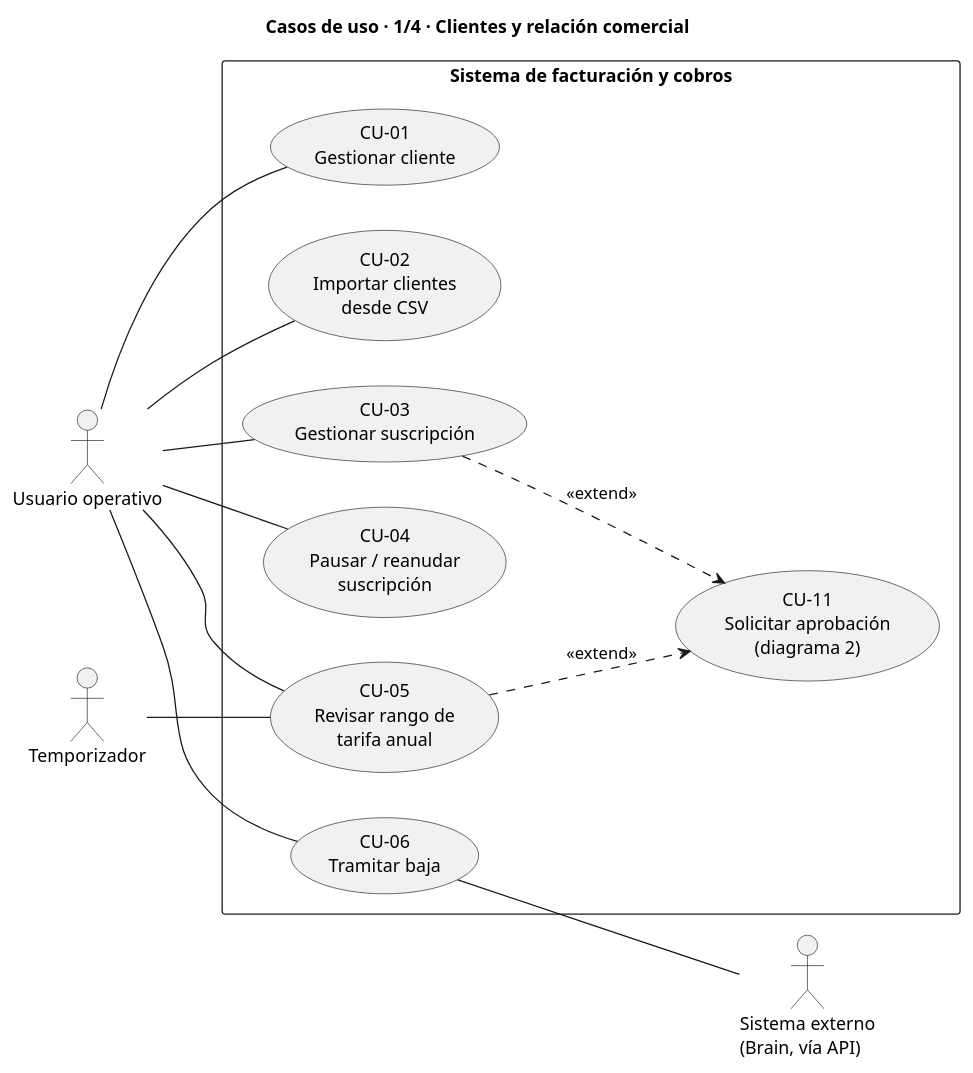
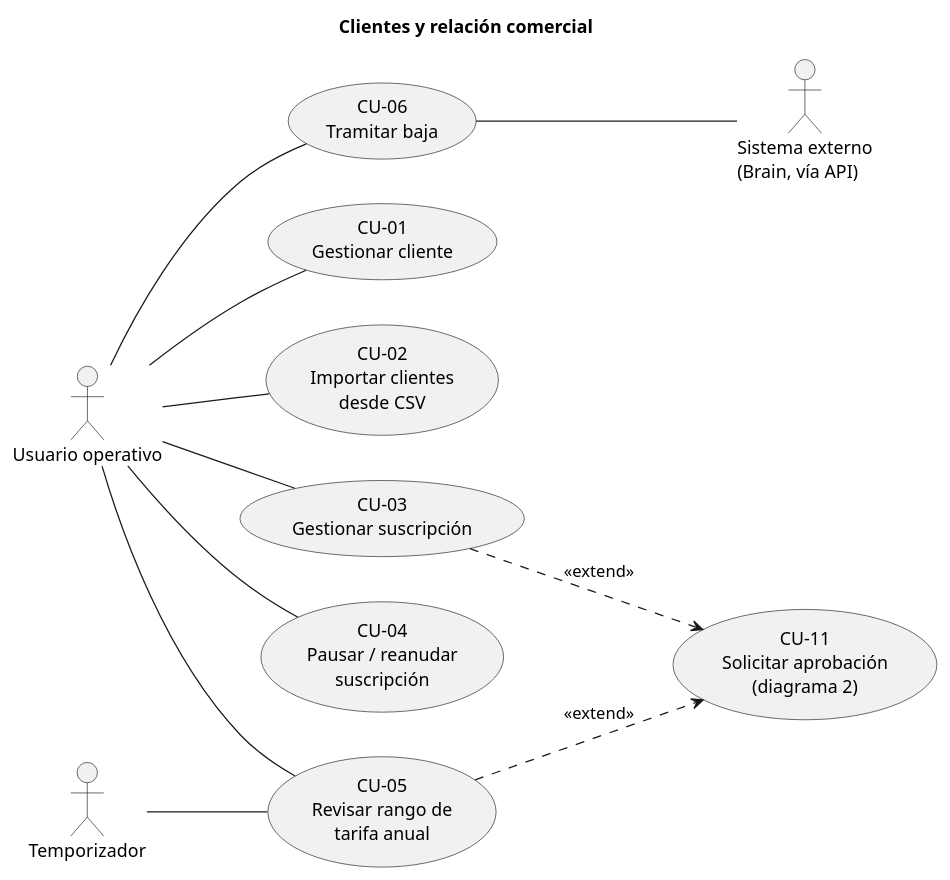
Before and after one commit to shadow-251/Trabajo-ADAP: the diagram in Casos_De_Uso/Casos de uso Jorge/diagramas/diagrama_1_clientes_relacion_comercial.puml, drawn with PlantUML. The commit also changed 3 other files, not shown here.

Commit message:
Editar diagramas PUML

```diff
--- a/Casos_De_Uso/Casos de uso Jorge/diagramas/diagrama_1_clientes_relacion_comercial.puml
+++ b/Casos_De_Uso/Casos de uso Jorge/diagramas/diagrama_1_clientes_relacion_comercial.puml
@@ -1,32 +1,30 @@
-@startuml diagrama_1_clientes_relacion_comercial
-title Casos de uso · 1/4 · Clientes y relación comercial
+@startuml
+title Clientes y relación comercial
 
 left to right direction
 
 actor "Usuario operativo" as UO
 actor "Temporizador" as TMP
 actor "Sistema externo\n(Brain, vía API)" as EXT
 
-rectangle "Sistema de facturación y cobros" {
-  usecase "CU-11\nSolicitar aprobación\n(diagrama 2)" as CU11
-  usecase "CU-01\nGestionar cliente" as CU01
-  usecase "CU-02\nImportar clientes\ndesde CSV" as CU02
-  usecase "CU-03\nGestionar suscripción" as CU03
-  usecase "CU-04\nPausar / reanudar\nsuscripción" as CU04
-  usecase "CU-05\nRevisar rango de\ntarifa anual" as CU05
-  usecase "CU-06\nTramitar baja" as CU06
-}
+usecase "CU-11\nSolicitar aprobación\n(diagrama 2)" as CU11
+usecase "CU-01\nGestionar cliente" as CU01
+usecase "CU-02\nImportar clientes\ndesde CSV" as CU02
+usecase "CU-03\nGestionar suscripción" as CU03
+usecase "CU-04\nPausar / reanudar\nsuscripción" as CU04
+usecase "CU-05\nRevisar rango de\ntarifa anual" as CU05
+usecase "CU-06\nTramitar baja" as CU06
+
 
 UO -- CU01
 UO -- CU02
 UO -- CU03
 UO -- CU04
 UO -- CU05
 UO -- CU06
 TMP -- CU05
 CU06 -- EXT
 
 CU03 ..> CU11 : <<extend>>
 CU05 ..> CU11 : <<extend>>
-
 @enduml
```
